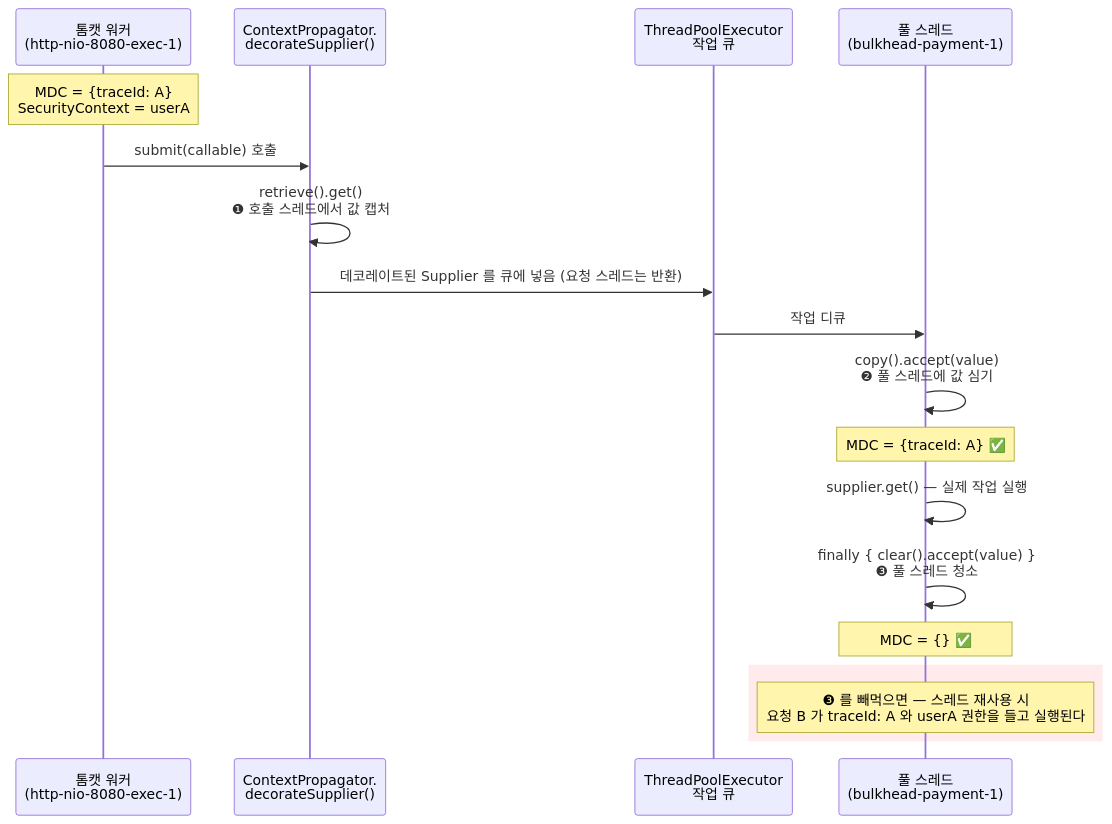
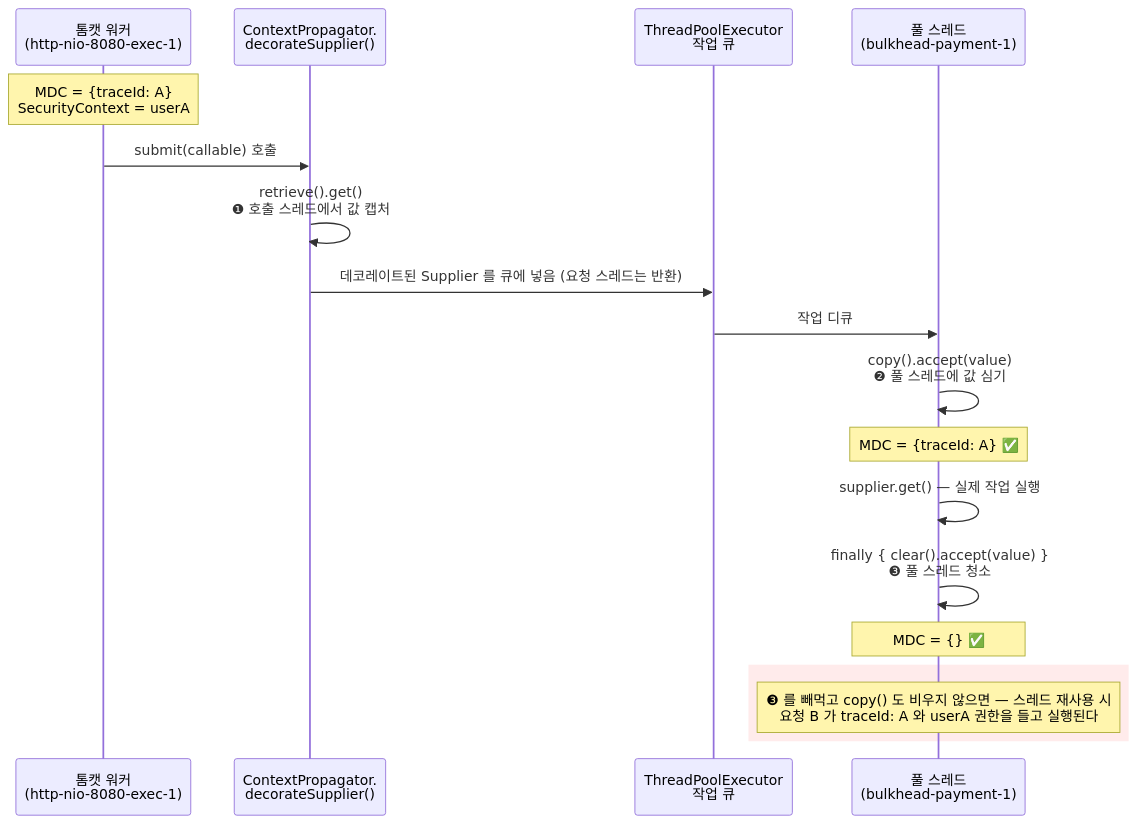
The diagram in resilience4j/advanced/10-context-propagation.md (ktae23/TIL), drawn with Mermaid before and after one commit. The commit also changed other lines of this file and 5 other files, not shown here.

````diff
--- a/resilience4j/advanced/10-context-propagation.md
+++ b/resilience4j/advanced/10-context-propagation.md
@@ -87,22 +87,22 @@
 ```mermaid
 sequenceDiagram
     participant W as 톰캣 워커<br/>(http-nio-8080-exec-1)
     participant D as ContextPropagator.<br/>decorateSupplier()
     participant Q as ThreadPoolExecutor<br/>작업 큐
     participant P as 풀 스레드<br/>(bulkhead-payment-1)
 
     Note over W: MDC = {traceId: A}<br/>SecurityContext = userA
     W->>D: submit(callable) 호출
     D->>D: retrieve().get()<br/>❶ 호출 스레드에서 값 캡처
     D->>Q: 데코레이트된 Supplier 를 큐에 넣음 (요청 스레드는 반환)
     Q->>P: 작업 디큐
     P->>P: copy().accept(value)<br/>❷ 풀 스레드에 값 심기
     Note over P: MDC = {traceId: A} ✅
     P->>P: supplier.get() — 실제 작업 실행
     P->>P: finally { clear().accept(value) }<br/>❸ 풀 스레드 청소
     Note over P: MDC = {} ✅
 
     rect rgb(255, 235, 235)
-    Note over P: ❸ 를 빼먹으면 — 스레드 재사용 시<br/>요청 B 가 traceId: A 와 userA 권한을 들고 실행된다
+    Note over P: ❸ 를 빼먹고 copy() 도 비우지 않으면 — 스레드 재사용 시<br/>요청 B 가 traceId: A 와 userA 권한을 들고 실행된다
     end
 ```
````
